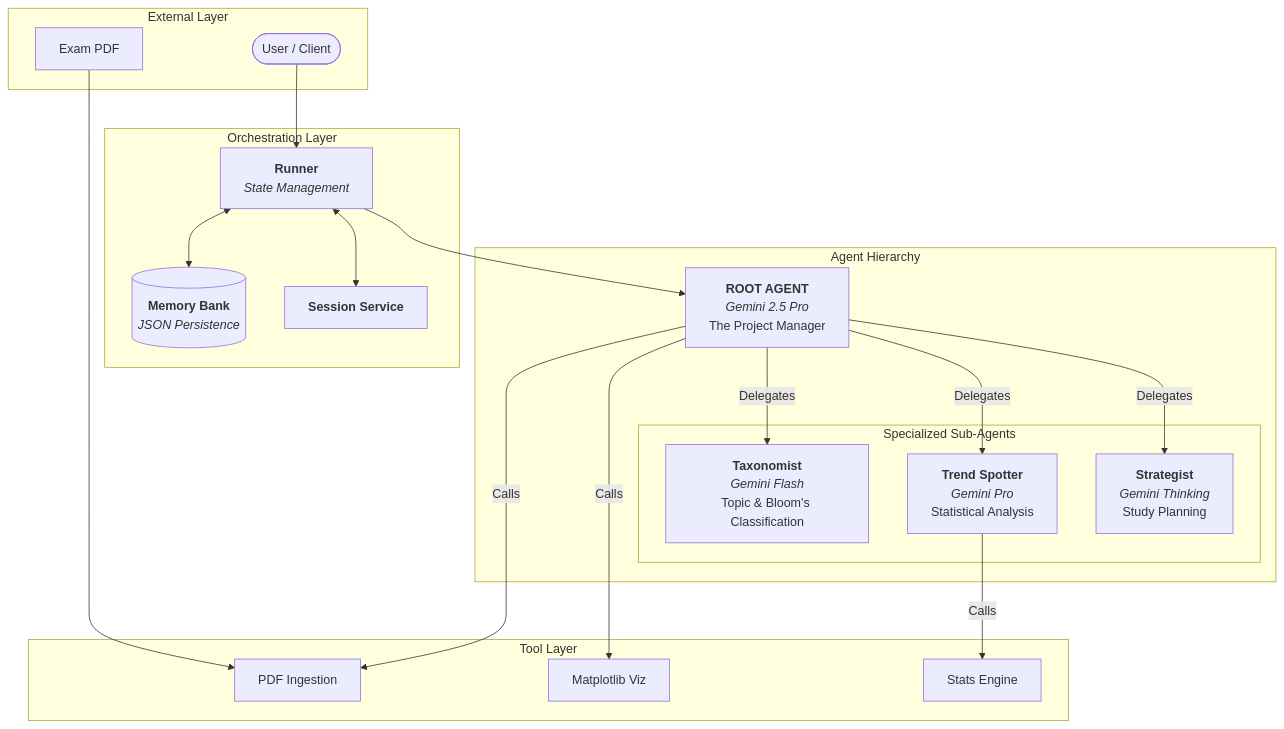
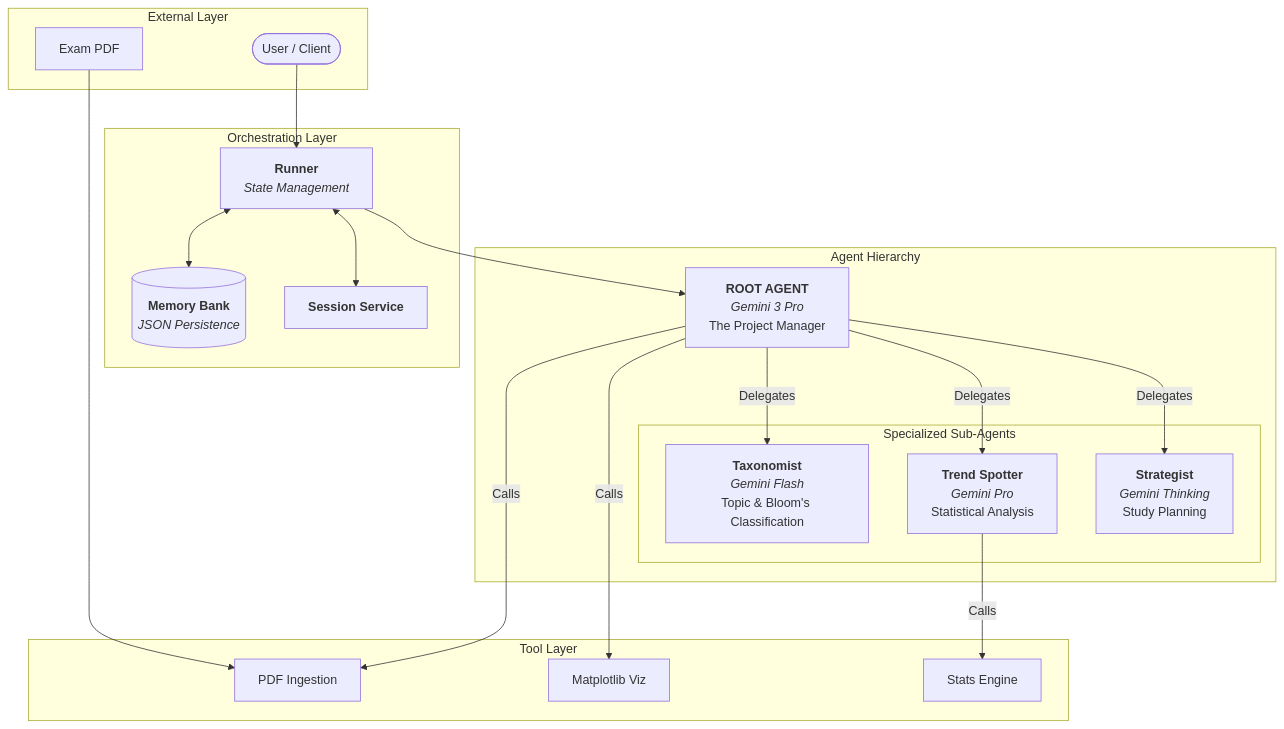
Before and after one commit to amitdevx/Professor_Profiler: the first of 3 diagrams in README.md, drawn with Mermaid. The commit also changed other lines of this file and 3 other files, not shown here.

````diff
--- a/README.md
+++ b/README.md
@@ -32,43 +32,43 @@
 ```mermaid
 flowchart TD
     subgraph External_Layer [" External Layer"]
         User([User / Client])
         PDF_File[Exam PDF]
     end
 
     subgraph Orchestration_Layer [" Orchestration Layer"]
         Runner[<b>Runner</b><br><i>State Management</i>]
         Memory[(<b>Memory Bank</b><br><i>JSON Persistence</i>)]
         Session[<b>Session Service</b>]
     end
 
     subgraph Agent_Layer [" Agent Hierarchy"]
-        Root[<b>ROOT AGENT</b><br><i>Gemini 2.5 Pro</i><br>The Project Manager]
+        Root[<b>ROOT AGENT</b><br><i>Gemini 3 Pro</i><br>The Project Manager]
         
         subgraph Workers ["Specialized Sub-Agents"]
             Taxonomist[<b>Taxonomist</b><br><i>Gemini Flash</i><br>Topic & Bloom's Classification]
             Trend[<b>Trend Spotter</b><br><i>Gemini Pro</i><br>Statistical Analysis]
             Strat[<b>Strategist</b><br><i>Gemini Thinking</i><br>Study Planning]
         end
     end
 
     subgraph Tool_Layer [" Tool Layer"]
         Reader[PDF Ingestion]
         Plotter[Matplotlib Viz]
         Calc[Stats Engine]
     end
 
     User --> Runner
     PDF_File --> Reader
     Runner <--> Session
     Runner <--> Memory
     Runner --> Root
     
     Root --Delegates--> Taxonomist
     Root --Delegates--> Trend
     Root --Delegates--> Strat
     
     Root --Calls--> Reader
     Root --Calls--> Plotter
     Trend --Calls--> Calc
 ```
````
